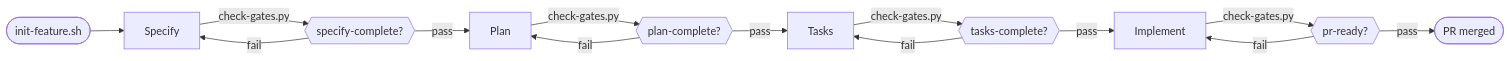
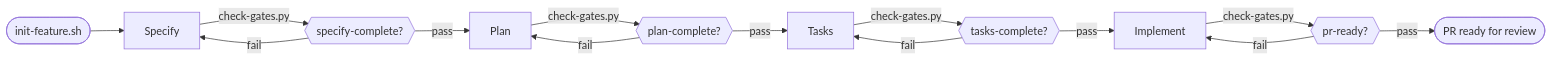
One commit to dango-tech/adlc5 changed the diagram in docs/ADLC5.md. Above: the diagram before and after it, drawn with Mermaid. The commit also changed other lines of this file and 6 other files, not shown here.

````diff
--- a/docs/ADLC5.md
+++ b/docs/ADLC5.md
@@ -22,16 +22,16 @@
 ```mermaid
 flowchart LR
     Start(["init-feature.sh"]) --> Specify
     Specify -- check-gates.py --> GateSpecify{{"specify-complete?"}}
     GateSpecify -- fail --> Specify
     GateSpecify -- pass --> Plan
     Plan -- check-gates.py --> GatePlan{{"plan-complete?"}}
     GatePlan -- fail --> Plan
     GatePlan -- pass --> Tasks
     Tasks -- check-gates.py --> GateTasks{{"tasks-complete?"}}
     GateTasks -- fail --> Tasks
     GateTasks -- pass --> Implement
     Implement -- check-gates.py --> GatePR{{"pr-ready?"}}
     GatePR -- fail --> Implement
-    GatePR -- pass --> Merge(["PR merged"])
+    GatePR -- pass --> Ready(["PR ready for review"])
 ```
````
